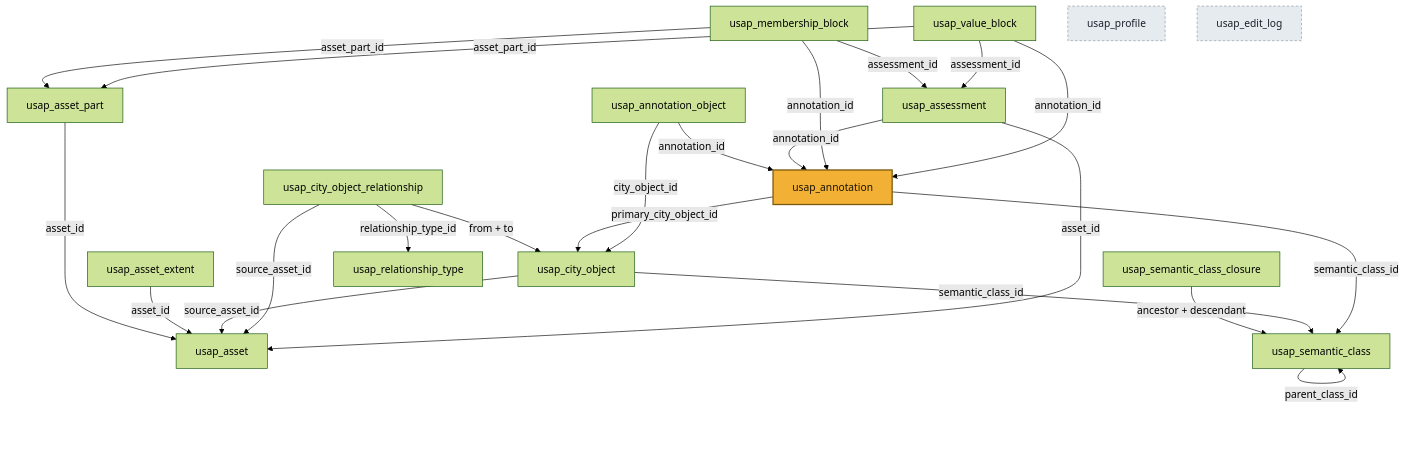
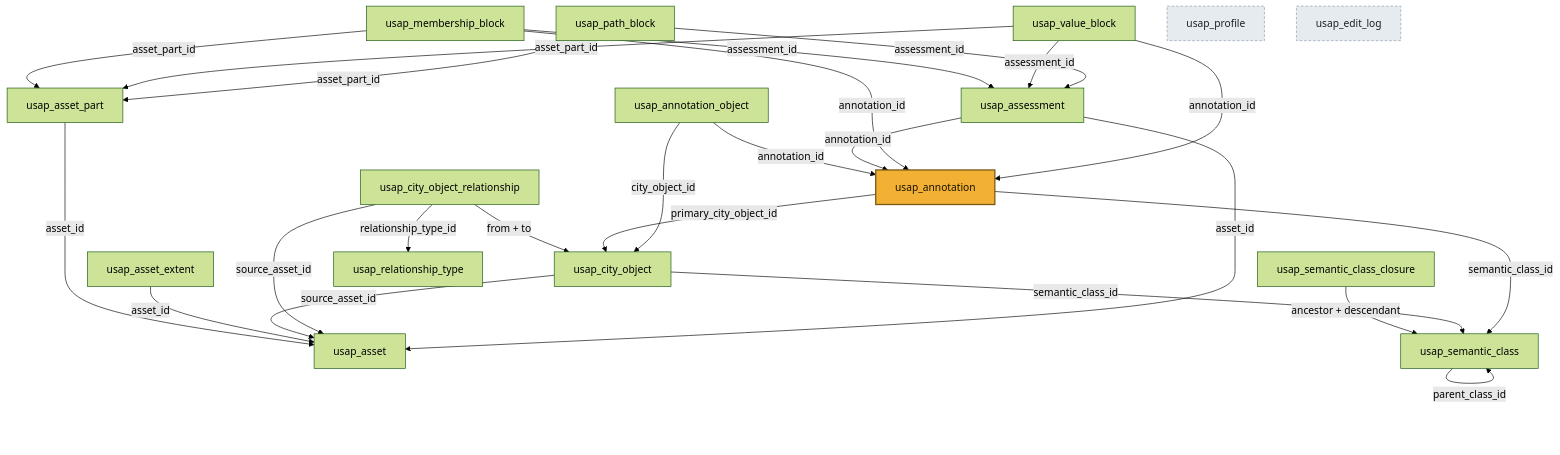
Before and after one commit to EliaMTH/usap_prot: the first of 3 diagrams in docs/SCHEMA_WIRING.md, drawn with Mermaid (forest theme). The commit also changed other lines of this file and 24 other files, not shown here.

````diff
--- a/docs/SCHEMA_WIRING.md
+++ b/docs/SCHEMA_WIRING.md
@@ -12,43 +12,46 @@
 ```mermaid
 flowchart TB
     ASSET[usap_asset]
     SCLASS[usap_semantic_class]
     APART[usap_asset_part]
     AEXT[usap_asset_extent]
     SCC[usap_semantic_class_closure]
     CO[usap_city_object]
     COR[usap_city_object_relationship]
     RTYPE[usap_relationship_type]
     ANN[usap_annotation]
     ANNO[usap_annotation_object]
     ASM[usap_assessment]
     MB[usap_membership_block]
     VB[usap_value_block]
+    PB[usap_path_block]
     PROF[usap_profile]
     LOG[usap_edit_log]
     APART -->|asset_id| ASSET
     AEXT -->|asset_id| ASSET
     SCLASS -->|parent_class_id| SCLASS
     SCC -->|ancestor + descendant| SCLASS
     CO -->|semantic_class_id| SCLASS
     CO -->|source_asset_id| ASSET
     COR -->|from + to| CO
     COR -->|relationship_type_id| RTYPE
     COR -->|source_asset_id| ASSET
     ANN -->|semantic_class_id| SCLASS
     ANN -->|primary_city_object_id| CO
     ANNO -->|annotation_id| ANN
     ANNO -->|city_object_id| CO
     ASM -->|annotation_id| ANN
     ASM -->|asset_id| ASSET
     MB -->|assessment_id| ASM
     MB -->|annotation_id| ANN
     MB -->|asset_part_id| APART
     VB -->|assessment_id| ASM
     VB -->|annotation_id| ANN
     VB -->|asset_part_id| APART
+    PB -->|assessment_id| ASM
+    PB -->|asset_part_id| APART
     classDef hub fill:#f2b134,stroke:#7a5a12,color:#1a1200,stroke-width:2px;
     classDef standalone fill:#e6ebf0,stroke:#8a97a3,color:#1a2028,stroke-dasharray:4 3;
     class ANN hub
     class PROF,LOG standalone
 ```
````
